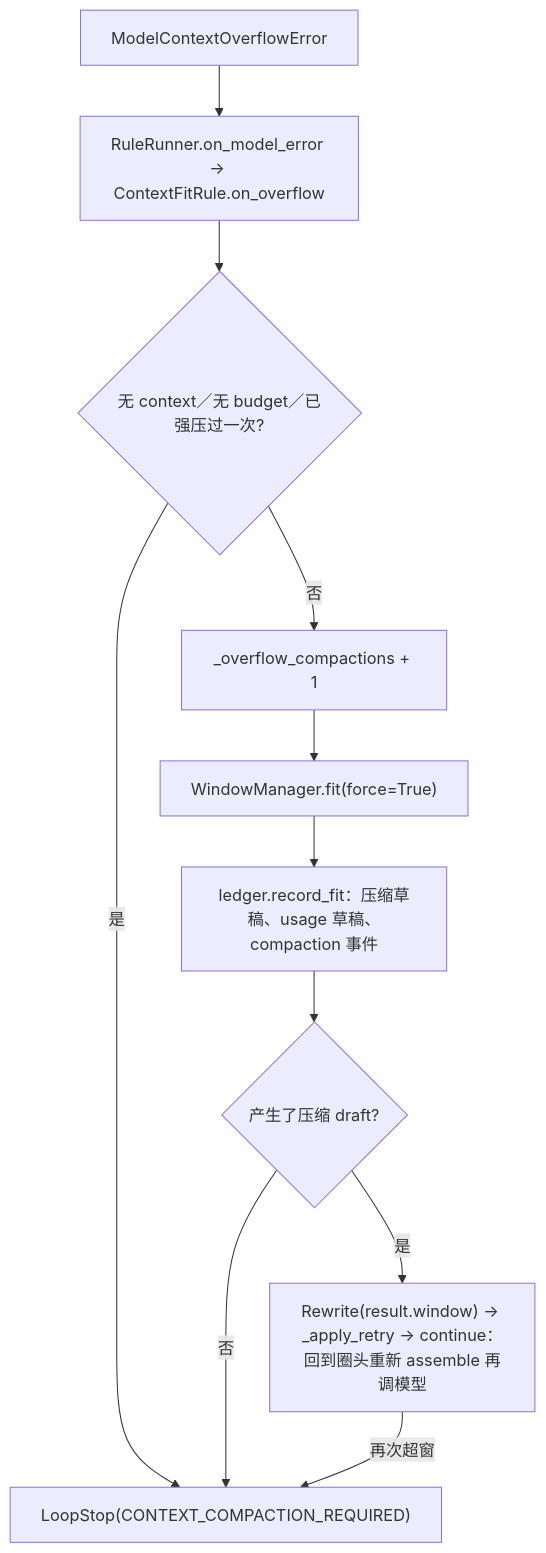
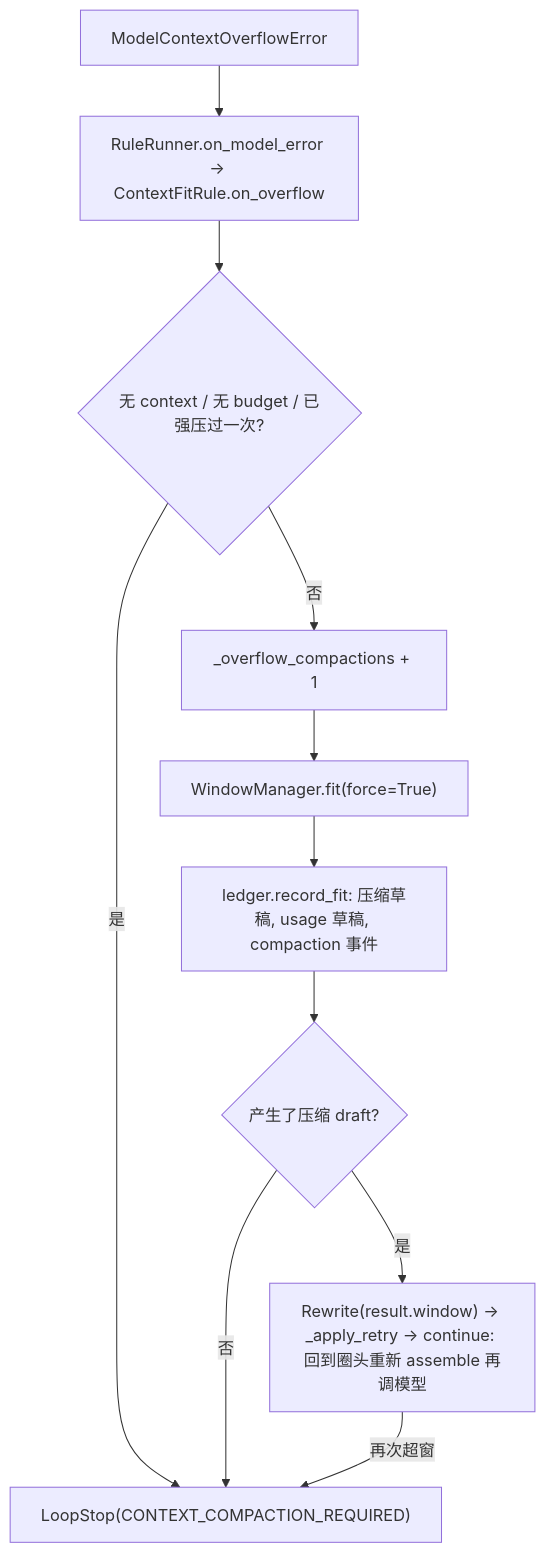
Diagram 17 of 50 in docs/06-代码阅读线路.md (qubaolai/ForgeCLI), drawn with Mermaid before and after one commit. The commit also changed other lines of this file and 292 other files, not shown here.

````diff
--- a/docs/06-代码阅读线路.md
+++ b/docs/06-代码阅读线路.md
@@ -764,13 +781,13 @@
 ```mermaid
 flowchart TD
     A["ModelContextOverflowError"] --> B["RuleRunner.on_model_error → ContextFitRule.on_overflow"]
-    B --> C{"无 context／无 budget／已强压过一次?"}
+    B --> C{"无 context / 无 budget / 已强压过一次?"}
     C -->|是| D["LoopStop(CONTEXT_COMPACTION_REQUIRED)"]
     C -->|否| E["_overflow_compactions + 1"]
     E --> F["WindowManager.fit(force=True)"]
-    F --> G["ledger.record_fit：压缩草稿、usage 草稿、compaction 事件"]
+    F --> G["ledger.record_fit: 压缩草稿, usage 草稿, compaction 事件"]
     G --> H{"产生了压缩 draft?"}
     H -->|否| D
-    H -->|是| I["Rewrite(result.window) → _apply_retry → continue：回到圈头重新 assemble 再调模型"]
+    H -->|是| I["Rewrite(result.window) → _apply_retry → continue: 回到圈头重新 assemble 再调模型"]
     I -->|再次超窗| D
 ```
````
